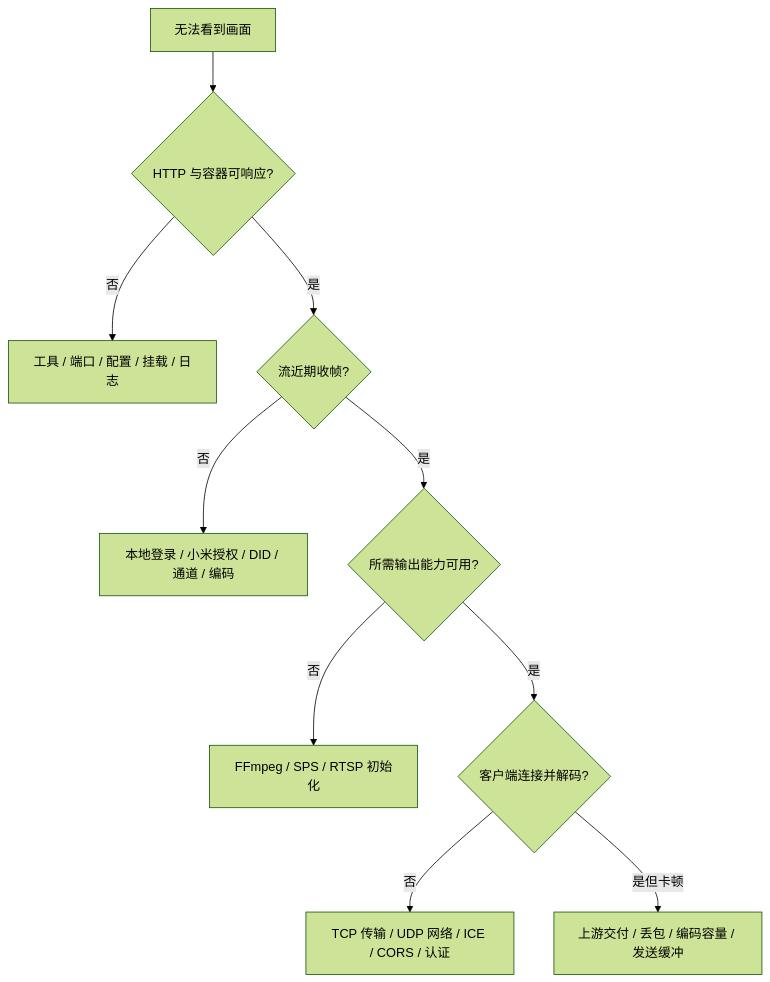
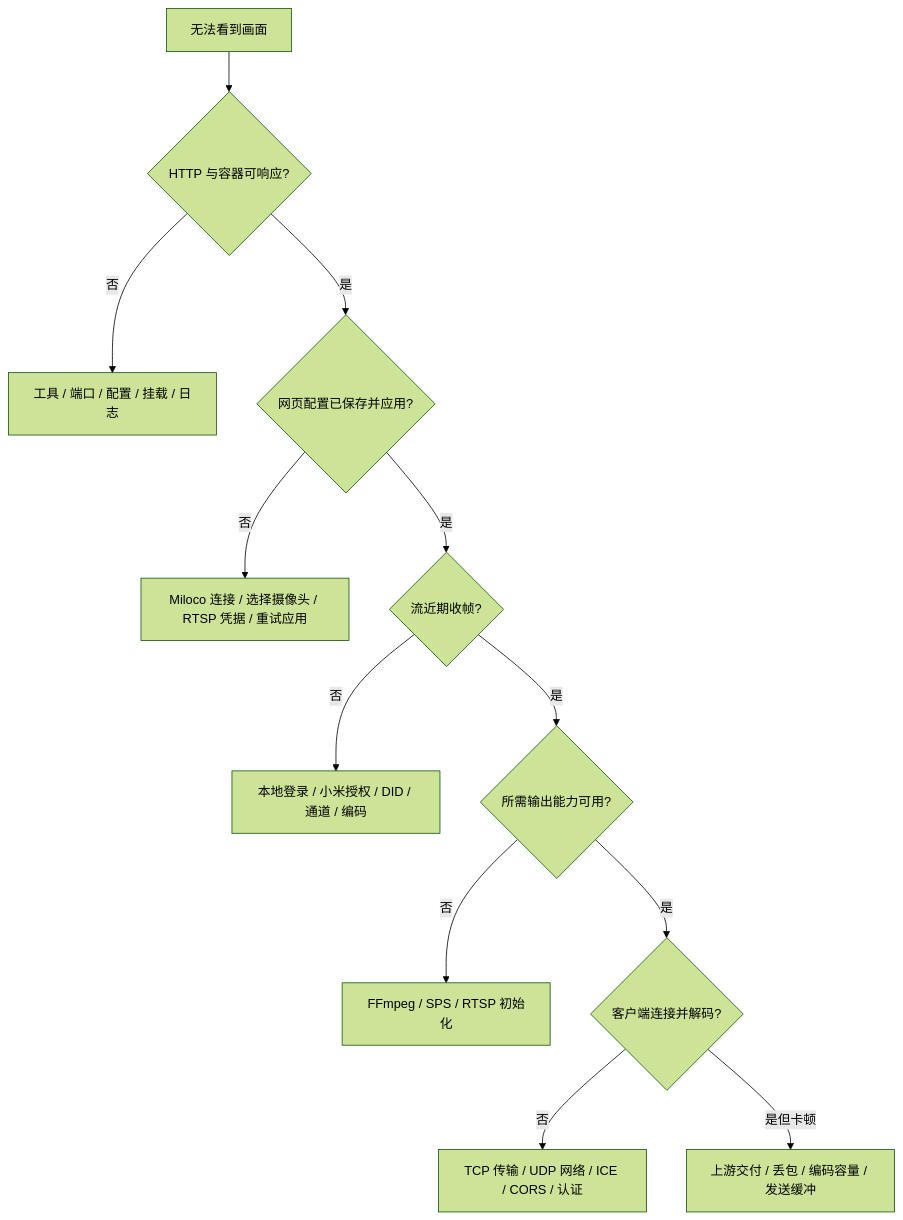
The diagram in docs/05-故障排查.md (mm7h/MiCamera.Net), drawn with Mermaid (forest theme) before and after one commit. The commit also changed other lines of this file and 87 other files, not shown here.

````diff
--- a/docs/05-故障排查.md
+++ b/docs/05-故障排查.md
@@ -9,12 +9,14 @@
 ```mermaid
 flowchart TD
     A[无法看到画面] --> B{HTTP 与容器可响应?}
     B -->|否| C[工具 / 端口 / 配置 / 挂载 / 日志]
-    B -->|是| D{流近期收帧?}
+    B -->|是| S{网页配置已保存并应用?}
+    S -->|否| T[Miloco 连接 / 选择摄像头 / RTSP 凭据 / 重试应用]
+    S -->|是| D{流近期收帧?}
     D -->|否| E[本地登录 / 小米授权 / DID / 通道 / 编码]
     D -->|是| F{所需输出能力可用?}
     F -->|否| G[FFmpeg / SPS / RTSP 初始化]
     F -->|是| H{客户端连接并解码?}
     H -->|否| I[TCP 传输 / UDP 网络 / ICE / CORS / 认证]
     H -->|是但卡顿| J[上游交付 / 丢包 / 编码容量 / 发送缓冲]
 ```
````
